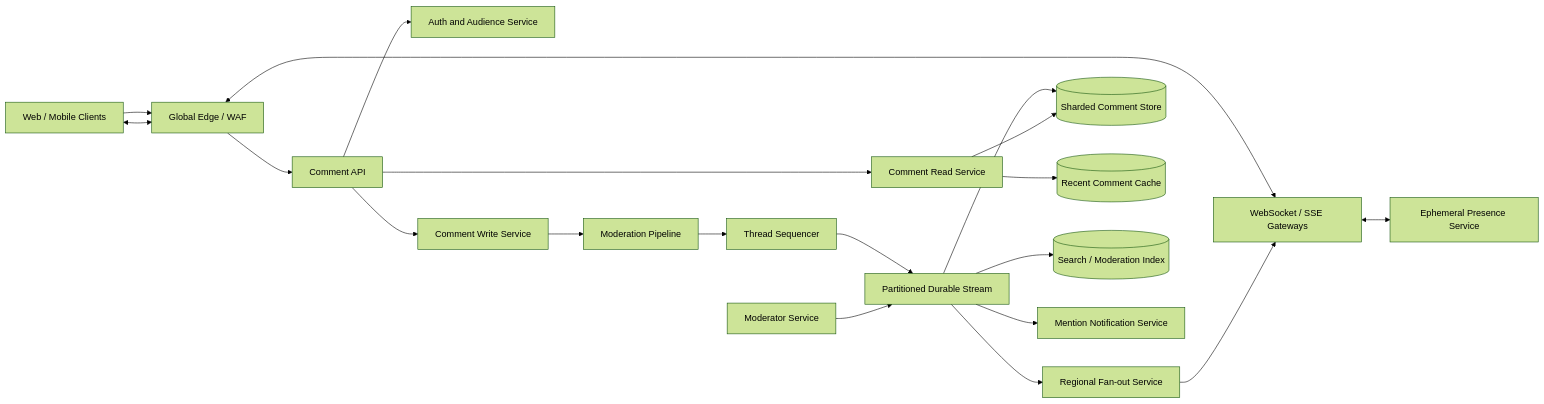
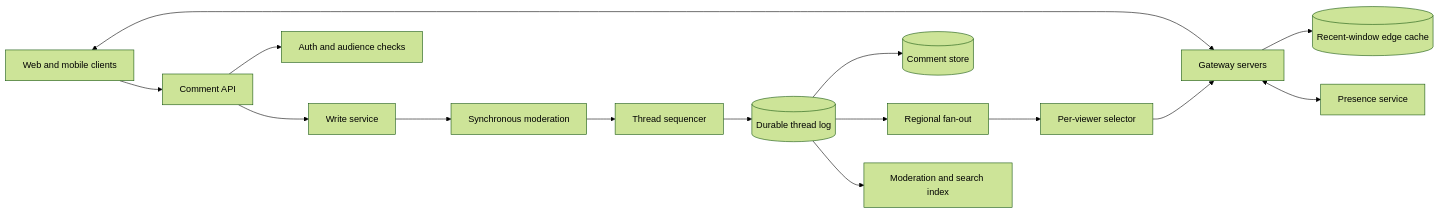
The second of 5 diagrams in live-comments-system-design.md (Pranshu258/system-design), drawn with Mermaid (forest theme) before and after one commit. The commit also changed other lines of this file and 23 other files, not shown here.

````diff
--- a/live-comments-system-design.md
+++ b/live-comments-system-design.md
@@ -58,36 +207,17 @@
 ```mermaid
 flowchart LR
-    C[Web / Mobile Clients]
-    EDGE[Global Edge / WAF]
-    API[Comment API]
-    GW[WebSocket / SSE Gateways]
-    AUTH[Auth and Audience Service]
-    WRITE[Comment Write Service]
-    MOD[Moderation Pipeline]
-    SEQ[Thread Sequencer]
-    LOG[Partitioned Durable Stream]
-    FAN[Regional Fan-out Service]
-    READ[Comment Read Service]
-    DB[(Sharded Comment Store)]
-    CACHE[(Recent Comment Cache)]
-    IDX[(Search / Moderation Index)]
-    POLICY[Moderator Service]
-    NOTIFY[Mention Notification Service]
-    PRES[Ephemeral Presence Service]
-
-    C --> EDGE --> API
-    C <--> EDGE <--> GW
-    API --> AUTH
-    API --> WRITE
-    WRITE --> MOD
-    MOD --> SEQ --> LOG
-    LOG --> DB
-    LOG --> FAN --> GW
-    LOG --> IDX
-    LOG --> NOTIFY
-    READ --> DB
-    READ --> CACHE
-    API --> READ
-    POLICY --> LOG
-    GW <--> PRES
+    C["Web and mobile clients"] <--> GW["Gateway servers"]
+    C --> API["Comment API"]
+    API --> AUTH["Auth and audience checks"]
+    API --> WRITE["Write service"]
+    WRITE --> MOD["Synchronous moderation"]
+    MOD --> SEQ["Thread sequencer"]
+    SEQ --> LOG[("Durable thread log")]
+    LOG --> STORE[("Comment store")]
+    LOG --> FAN["Regional fan-out"]
+    FAN --> SEL["Per-viewer selector"]
+    SEL --> GW
+    LOG --> INDEX["Moderation and search index"]
+    GW --> EDGE[("Recent-window edge cache")]
+    GW <--> PRES["Presence service"]
 ```
````
